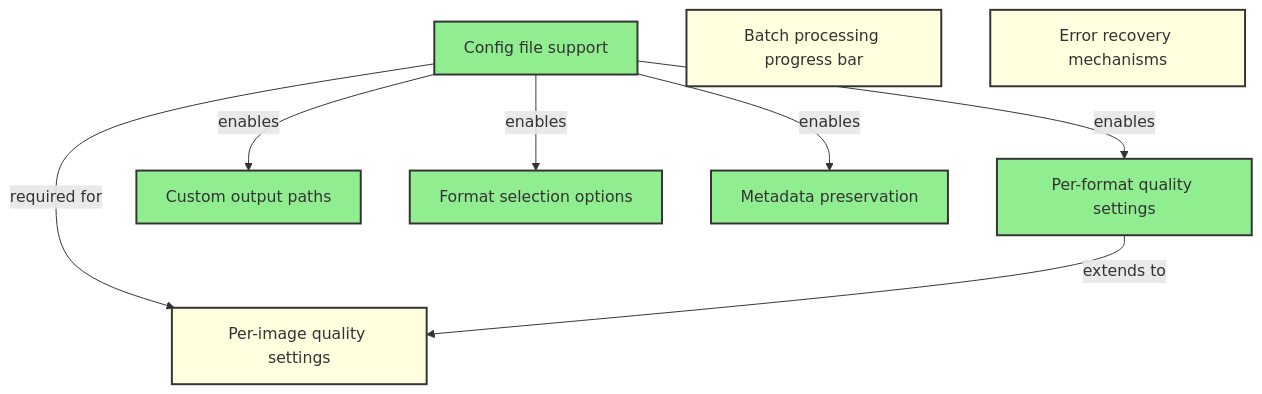
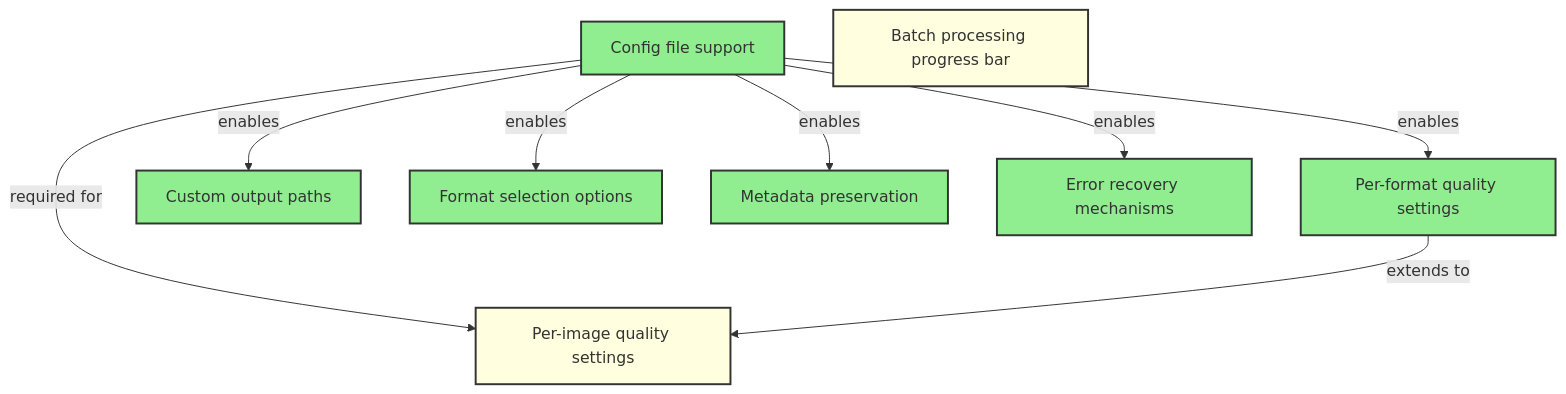
One commit to flyingrobots/image-dump changed the diagram in docs/milestones/phase-3.md. Above: the diagram before and after it, drawn with Mermaid. The commit also changed other lines of this file and 7 other files, not shown here.

Commit message:
feat: error handling and recovery

````diff
--- a/docs/milestones/phase-3.md
+++ b/docs/milestones/phase-3.md
@@ -24,23 +24,22 @@
 ```mermaid
 graph TD
     %% Completed tasks (green)
     A[Config file support] -->|enables| B[Per-format quality settings]
     A -->|enables| C[Custom output paths]
     A -->|enables| D[Format selection options]
     A -->|enables| E[Metadata preservation]
+    A -->|enables| H[Error recovery mechanisms]
     
     %% Remaining tasks (yellow)
     A -->|required for| F[Per-image quality settings]
     B -->|extends to| F
     
     G[Batch processing progress bar]
     
-    H[Error recovery mechanisms]
-    
     %% Styling
     classDef completed fill:#90EE90,stroke:#333,stroke-width:2px
     classDef remaining fill:#FFFFE0,stroke:#333,stroke-width:2px
     
-    class A,B,C,D,E completed
-    class F,G,H remaining
+    class A,B,C,D,E,H completed
+    class F,G remaining
 ```
````
